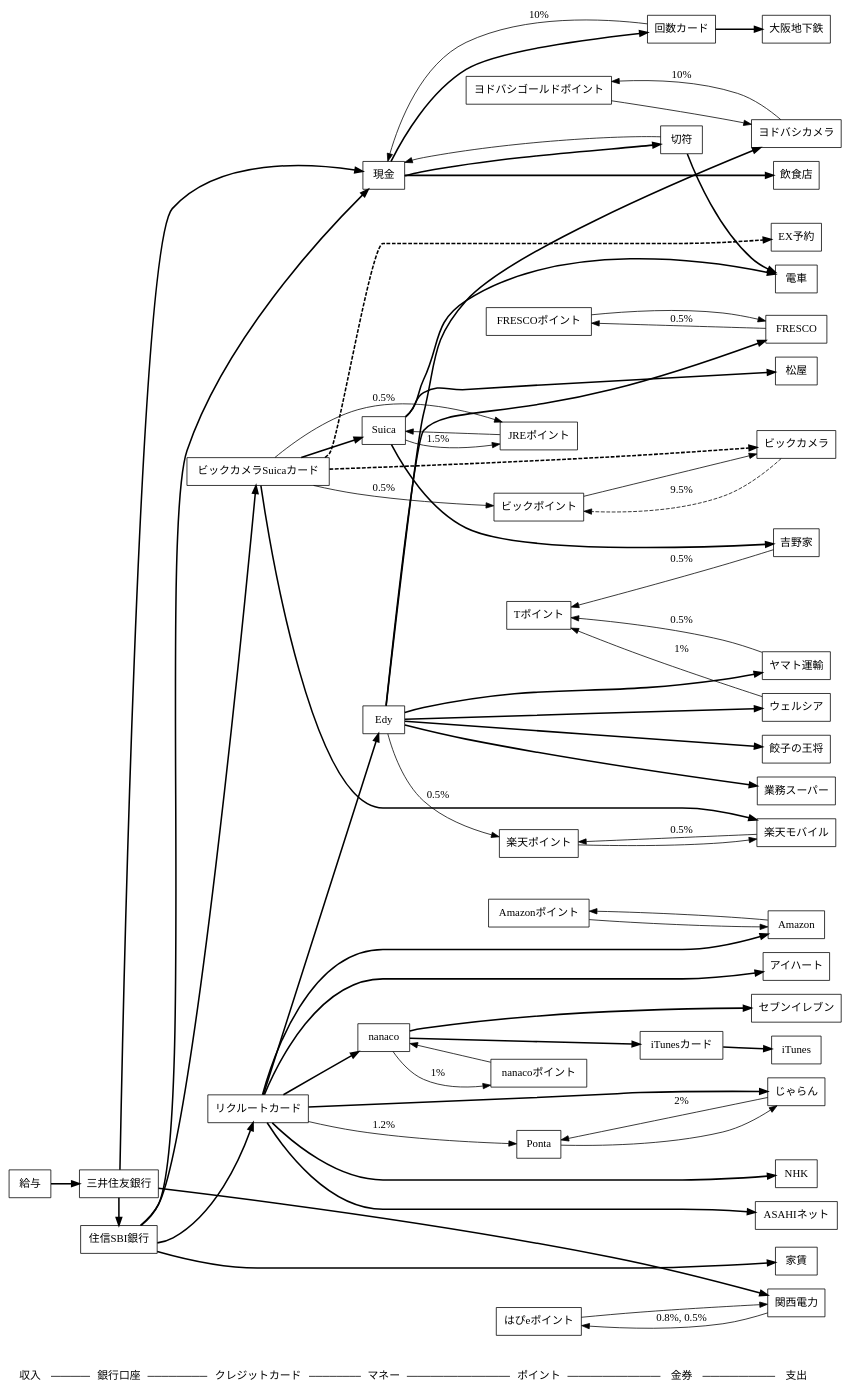
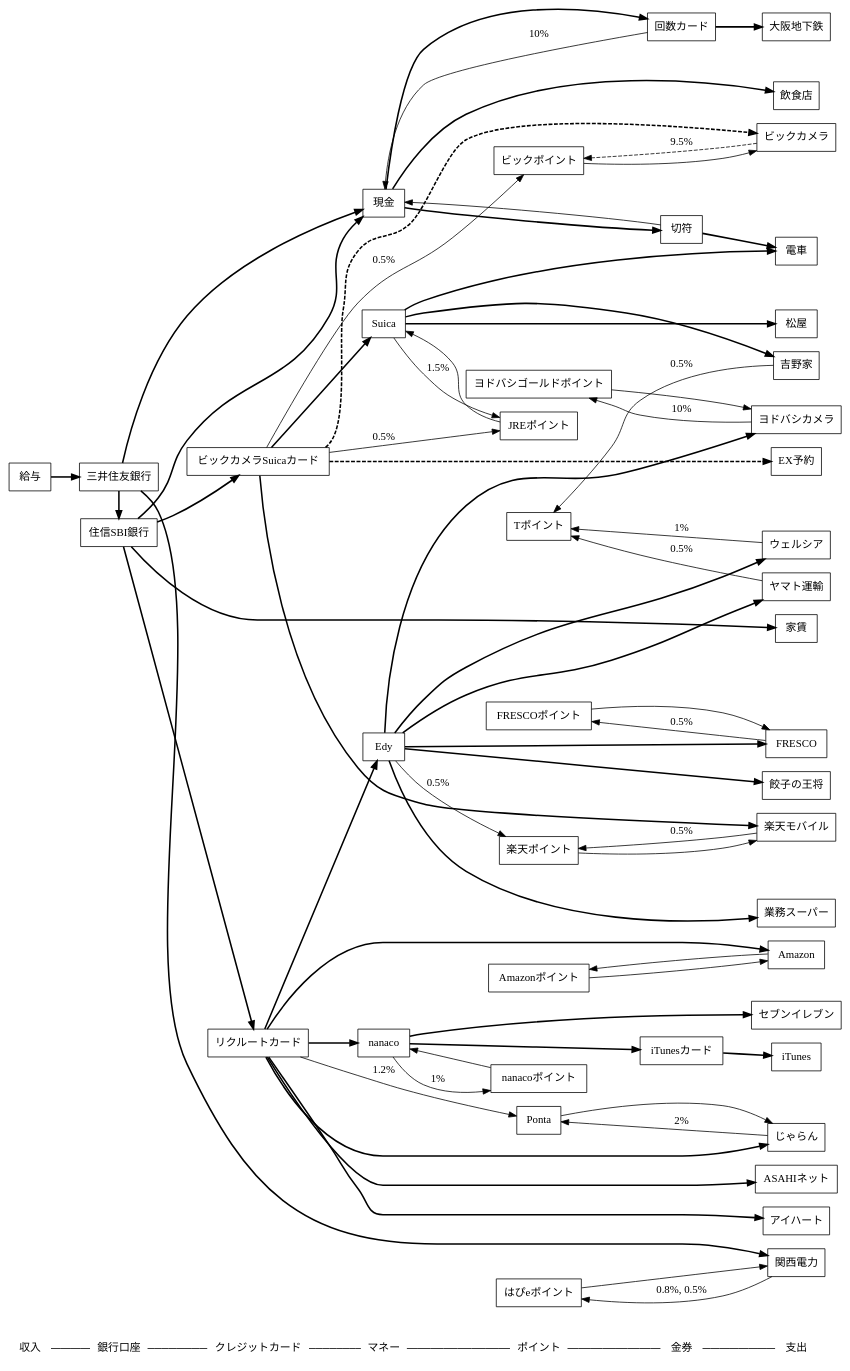
The diagram in moneyflow.dot (saireya/moneyflow), drawn with Graphviz before and after one commit. The commit also changed 1 other file, not shown here.

Commit message:
Removed NHK

```diff
--- a/moneyflow.dot
+++ b/moneyflow.dot
@@ -1,155 +1,154 @@
 // dot -Tsvg moneyflow.dot -o moneyflow.svg
 // edge: bold: 支出, solid: 還元(label:還元率), dashed: Obsolete
 digraph "MoneyFlow"
 {
 	graph [ rankdir = LR ];
 	node [ shape = box ];
 
 	"収入", "銀行口座", "クレジットカード", "マネー", "ポイント", "金券", "支出" [shape = none];
 	"収入" -> "銀行口座" -> "クレジットカード" -> "マネー" -> "ポイント" -> "金券" -> "支出" [arrowhead = none];
 	{
 		rank = same; "収入";
 		給与;
 	}
 
 	{
 		rank = same; "銀行口座";
 		三井住友銀行;
 		住信SBI銀行;
 	}
 
 	{
 		rank = same; "クレジットカード";
 		ビックカメラSuicaカード;
 		リクルートカード;
 	}
 
 	{
 		rank = same; "マネー";
 		Suica;
 		現金;
 		nanaco;
 		Edy;
 	}
 
 	{
 		rank = same; "ポイント";
 		// 共通ポイント
 		Ponta;
 		Tポイント;
 		楽天ポイント;
 		// クレジットカード関係
 		JREポイント;
 		// 独自ポイント
 		ビックポイント;
 		Amazonポイント;
 		nanacoポイント;
 		FRESCOポイント;
 		ヨドバシゴールドポイント;
 		はぴeポイント;
 	}
 
 	{
 		rank = same; "金券";
 		切符;
 		回数カード;
 		iTunesカード;
 	}
 
 	{
 		rank = same; "支出";
 		家賃;
 		// コンビニ
 		セブンイレブン;
 		// 交通
 		電車;
 		大阪地下鉄;
 		// インフラ
-		NHK;
 		ASAHIネット;
 		楽天モバイル;
 		関西電力;
 		ヤマト運輸;
 		// 店舗
 		アイハート;
 		ウェルシア;
 		ビックカメラ;
 		ヨドバシカメラ;
 		餃子の王将;
 		飲食店;
 		FRESCO;
 		業務スーパー;
 		松屋;
 		吉野家;
 		// ネット
 		Amazon;
 		iTunes;
 		EX予約;
 		じゃらん;
 	}
 
 	// SMBC
 	給与 -> 三井住友銀行 [style="bold", weight=100];
 	三井住友銀行 -> 現金, 住信SBI銀行, 関西電力 [style="bold", weight=100];
 	関西電力 -> はぴeポイント [label="0.8%, 0.5%"];
 	はぴeポイント -> 関西電力;
 
 	// ビックカメラSuicaカード
 	ビックカメラSuicaカード -> JREポイント [label="0.5%"];
 	ビックカメラSuicaカード -> ビックカメラ [style="bold,dashed", weight=100];
 	ビックカメラ -> ビックポイント [style="dashed", label="9.5%"];
 	ビックカメラSuicaカード -> ビックポイント [label="0.5%"]
 	ビックポイント -> ビックカメラ;
 	ビックカメラSuicaカード -> Suica -> 電車 [style="bold", weight=100];
 	Suica -> 松屋 [style="bold", weight=100];
 	Suica -> 吉野家 [style="bold", weight=100];
 	吉野家 -> Tポイント [label="0.5%"];
 	ビックカメラSuicaカード -> EX予約 [style="bold,dashed", weight=100];
 	Suica -> JREポイント [label="1.5%"];
 	JREポイント -> Suica;
 	ビックカメラSuicaカード -> 楽天モバイル [style="bold", weight=100];
 	楽天モバイル -> 楽天ポイント [label="0.5%"];
 	楽天ポイント -> 楽天モバイル;
 
 	// 住信SBI
 	住信SBI銀行 -> 現金 [style="bold", weight=100];
 	住信SBI銀行 -> 家賃 [style="bold", weight=100];
 	住信SBI銀行 -> ビックカメラSuicaカード, リクルートカード [style="bold", weight=100];
 
 	// リクルートカード
-	リクルートカード -> NHK, ASAHIネット [style="bold", weight=100];
+	リクルートカード -> ASAHIネット [style="bold", weight=100];
 	リクルートカード -> Amazon [style="bold", weight=100];
 	リクルートカード -> じゃらん [style="bold", weight=100];
 	リクルートカード -> アイハート [style="bold", weight=100];
 	リクルートカード -> Edy [style="bold", weight=100];
 	Edy -> ヤマト運輸 [style="bold", weight=100];
 	ヤマト運輸 -> Tポイント [label="0.5%"];
 	Edy -> ヨドバシカメラ [style="bold", weight=100];
 	ヨドバシカメラ -> ヨドバシゴールドポイント [label="10%"];
 	ヨドバシゴールドポイント -> ヨドバシカメラ;
 	Edy -> ウェルシア [style="bold", weight=100];
 	ウェルシア -> Tポイント [label="1%"];
 	Edy -> 楽天ポイント [label="0.5%"];
 	リクルートカード -> Ponta [label="1.2%"];
 	Ponta -> じゃらん;
 	じゃらん -> Ponta [label="2%"];
 	Amazon -> Amazonポイント -> Amazon;
 	リクルートカード -> nanaco [style="bold", weight=100];
 	nanaco -> セブンイレブン [style="bold", weight=100];
 	nanaco -> nanacoポイント [label="1%"];
 	nanacoポイント -> nanaco;
 	nanaco -> iTunesカード [style="bold", weight=100];
 	iTunesカード -> iTunes [style="bold", weight=100];
 	Edy -> 業務スーパー [style="bold", weight=100];
 	Edy -> FRESCO [style="bold", weight=100];
 	FRESCO -> FRESCOポイント [label="0.5%"];
 	FRESCOポイント -> FRESCO;
 	Edy -> 餃子の王将 [style="bold", weight=100];
 
 	// 現金
 	現金 -> 飲食店 [style="bold", weight=100];
 	現金 -> 切符 -> 電車 [style="bold", weight=100];
 	切符 -> 現金;
 	現金 -> 回数カード -> 大阪地下鉄 [style="bold", weight=100];
 	回数カード -> 現金 [label="10%"];
 } 
```
